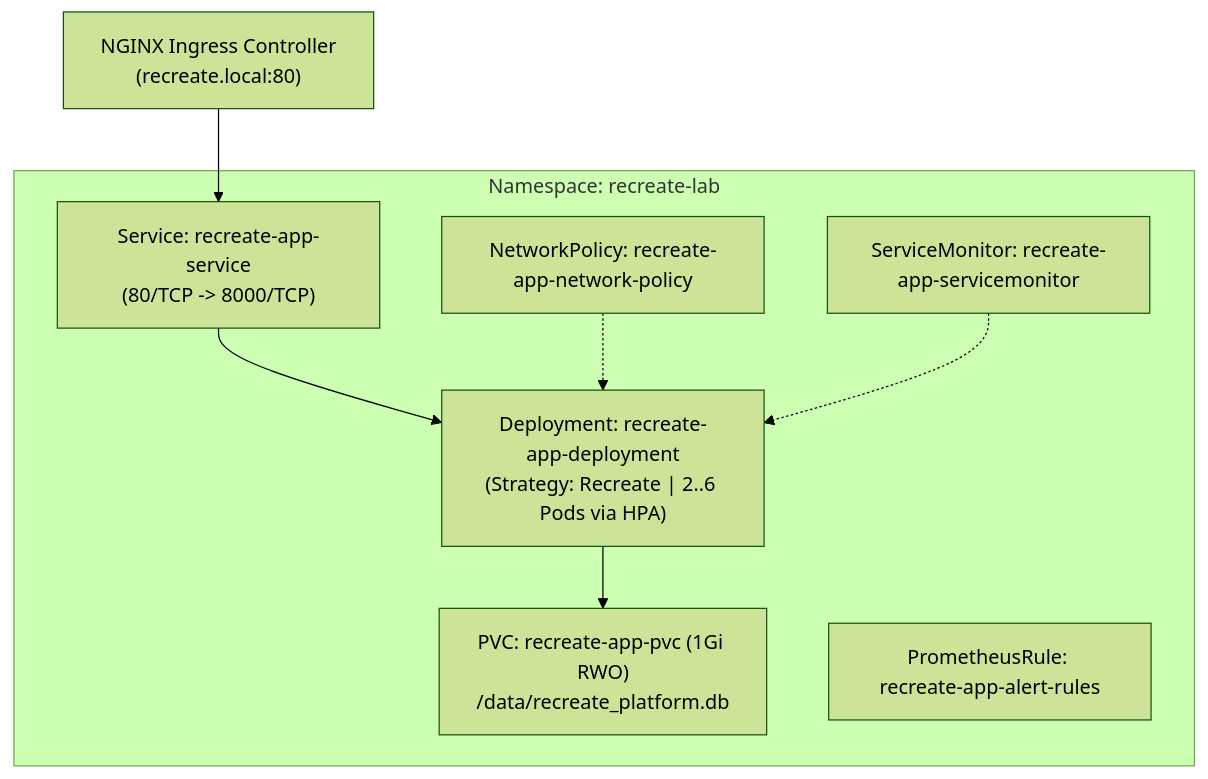
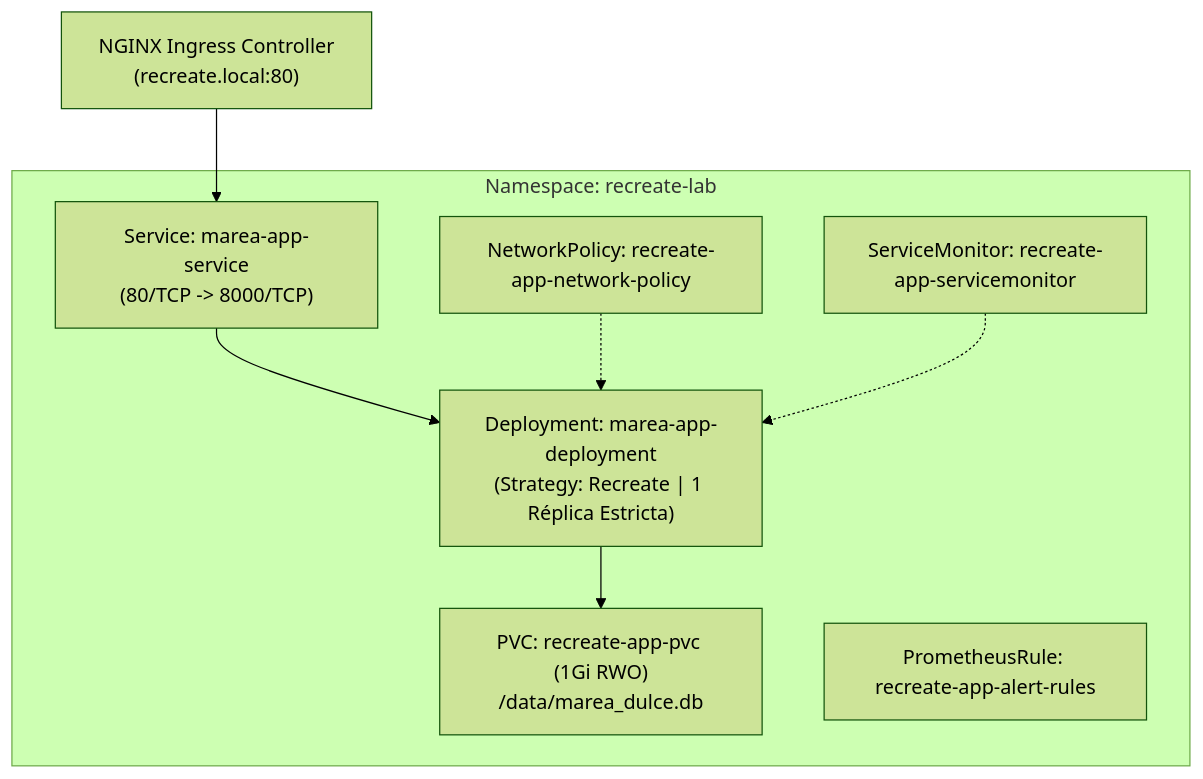
Before and after one commit to Esteban-GV/MareaDulce_Recreate: the diagram in docs/kubernetes.md, drawn with Mermaid (forest theme). The commit also changed other lines of this file and 138 other files, not shown here.

Commit message:
feat(docs): migrate documentation, platform and architecture to Marea Dulce Recreate deployment

````diff
--- a/docs/kubernetes.md
+++ b/docs/kubernetes.md
@@ -17,12 +17,12 @@
 ```mermaid
 flowchart TB
-    Ingress["NGINX Ingress Controller\n(recreate.local:80)"] --> AppSvc["Service: recreate-app-service\n(80/TCP -> 8000/TCP)"]
+    Ingress["NGINX Ingress Controller\n(recreate.local:80)"] --> AppSvc["Service: marea-app-service\n(80/TCP -> 8000/TCP)"]
 
     subgraph AppNS ["Namespace: recreate-lab"]
-        AppSvc --> AppPods["Deployment: recreate-app-deployment\n(Strategy: Recreate | 2..6 Pods via HPA)"]
-        AppPods --> PVC["PVC: recreate-app-pvc (1Gi RWO)\n/data/recreate_platform.db"]
+        AppSvc --> AppPods["Deployment: marea-app-deployment\n(Strategy: Recreate | 1 Réplica Estricta)"]
+        AppPods --> PVC["PVC: recreate-app-pvc (1Gi RWO)\n/data/marea_dulce.db"]
         NP["NetworkPolicy: recreate-app-network-policy"] -.-> AppPods
         SM["ServiceMonitor: recreate-app-servicemonitor"] -.-> AppPods
         PR["PrometheusRule: recreate-app-alert-rules"]
     end
 ```
````
